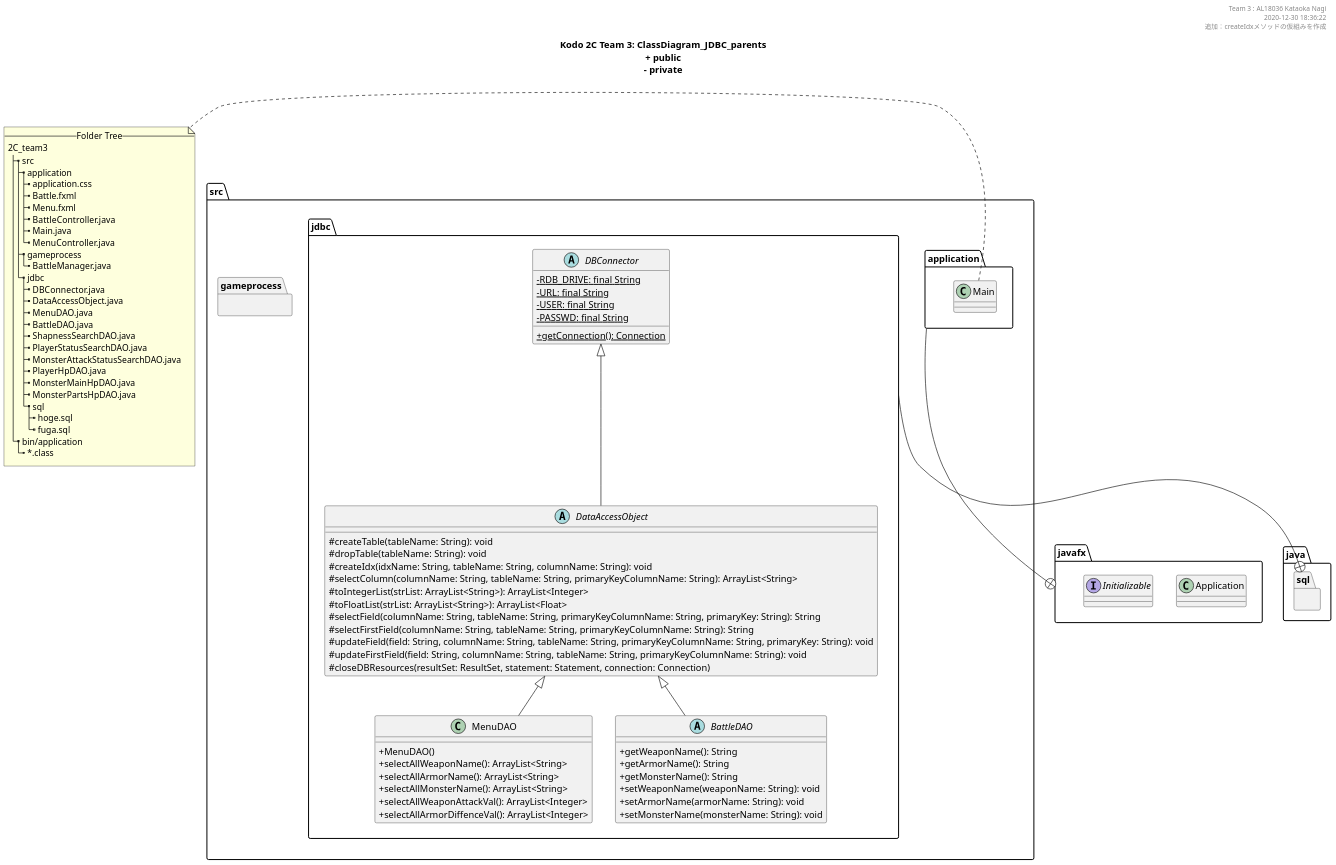
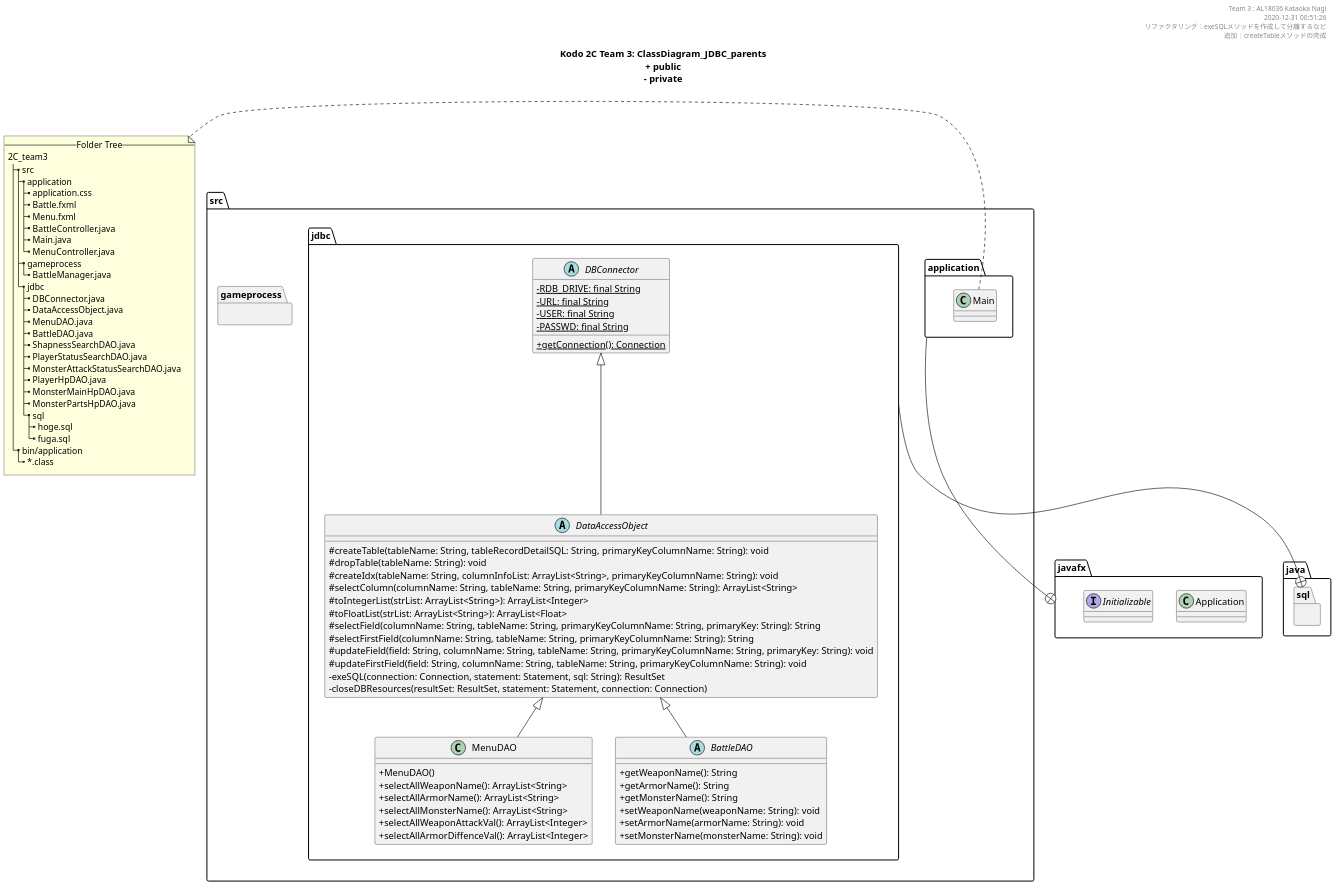
One commit to KataokaNagi/2C_team3 changed the diagram in uml/ClassDiagram_JDBC_parents.pu. Above: the diagram before and after it, drawn with PlantUML. The commit also changed other lines of this file and 3 other files, not shown here.

```diff
--- a/uml/ClassDiagram_JDBC_parents.pu
+++ b/uml/ClassDiagram_JDBC_parents.pu
@@ -14,162 +14,164 @@
 @startuml ./ClassDiagram_JDBC_parents.png
 scale 1.5
 skinparam DefaultFontName メイリオ
 ' 可視性の変更
 skinparam classAttributeIconSize 0
 
 ''''''''''''''''''''''''''''''''''''''''''''''''''
 
 header 
 Team 3 : AL18036 Kataoka Nagi
-2020-12-30 18:36:22
-追加：createIdxメソッドの仮組みを作成
+2020-12-31 00:51:26
+リファクタリング：exeSQLメソッドを作成して分離するなど
+追加：createTableメソッドの完成
 end header
 
 ''''''''''''''''''''''''''''''''''''''''''''''''''
 
 title
 **Kodo 2C Team 3: ClassDiagram_JDBC_parents**
 + public
 ~- private
 end title
 ' __static__
 
 ''''''''''''''''''''''''''''''''''''''''''''''''''''''''''''''''''''''''''''''''
 
 package src {
   package src.application {
     class Main
   }
   package src.gameprocess {
   }
   package src.jdbc {
   }
 }
 
 ''''''''''''''''''''''''''''''''''''''''''''''''''''''''''''''''''''''''''''''''
 
 note left
   --Folder Tree--
   2C_team3
   |_ src
     |_ application
       |_ application.css
       |_ Battle.fxml
       |_ Menu.fxml
       |_ BattleController.java
       |_ Main.java
       |_ MenuController.java
     |_ gameprocess
       |_ BattleManager.java
     |_ jdbc
       |_ DBConnector.java
       |_ DataAccessObject.java
       |_ MenuDAO.java
       |_ BattleDAO.java
       |_ ShapnessSearchDAO.java
       |_ PlayerStatusSearchDAO.java
       |_ MonsterAttackStatusSearchDAO.java
       |_ PlayerHpDAO.java
       |_ MonsterMainHpDAO.java
       |_ MonsterPartsHpDAO.java
       |_ sql
         |_ hoge.sql
         |_ fuga.sql
   |_ bin/application
     |_ ~*.class
 end note
 
 ''''''''''''''''''''''''''''''''''''''''''''''''''''''''''''''''''''''''''''''''
 
 package java.sql {
 }
 
 package javafx {
   class Application
   Interface Initializable
 }
 
 src.jdbc --+ java.sql
 src.application --+ javafx
 
 ''''''''''''''''''''''''''''''''''''''''''''''''''
 
 ' @note クラスの命名規則
 ' @see  https://qiita.com/KeithYokoma/items/ee21fec6a3ebb5d1e9a8
 
 package src.application {
 }
 
 ' 記事のクラス
   ' class ApplicationController extends Initializable {
   '   - dropDown: ChoiceBox<String>
   '   - textBox: TextField
   '   - button: Button
 
   '   + initialize(location: URL, resources: ResourceBundle): void
   '   + onClick(event: ActionEvent): void
   '   + getToolType(): ChoiceBox<String>
   '   + setToolType(toolType: ChoiceBox<String>): void
   '   + getInputFile(): TextField
   '   + setInputFile(textBox: TextField): void
   '   + getReference(): Button
   '   + setReference(button: Button): void
   ' }
 
 
 ''''''''''''''''''''''''''''''''''''''''''''''''''
 
 package src.gameprocess {
 }
 
 ''''''''''''''''''''''''''''''''''''''''''''''''''
 
 package src.jdbc {
   ' @note DAO pattern
   ' @see https://kanda-it-school-kensyu.com/java-jdbc-contents/jj_ch04/jj_0401/
 
   abstract class DBConnector {
     - {static} RDB_DRIVE: final String
     - {static} URL: final String
     - {static} USER: final String
     - {static} PASSWD: final String
 
     + {static} getConnection(): Connection
   }
 
   abstract class DataAccessObject extends DBConnector {
-    # createTable(tableName: String): void
+    # createTable(tableName: String, tableRecordDetailSQL: String, primaryKeyColumnName: String): void
     # dropTable(tableName: String): void
-    # createIdx(idxName: String, tableName: String, columnName: String): void
+    # createIdx(tableName: String, columnInfoList: ArrayList<String>, primaryKeyColumnName: String): void
     # selectColumn(columnName: String, tableName: String, primaryKeyColumnName: String): ArrayList<String>
     # toIntegerList(strList: ArrayList<String>): ArrayList<Integer>
     # toFloatList(strList: ArrayList<String>): ArrayList<Float>
     # selectField(columnName: String, tableName: String, primaryKeyColumnName: String, primaryKey: String): String
     # selectFirstField(columnName: String, tableName: String, primaryKeyColumnName: String): String
     # updateField(field: String, columnName: String, tableName: String, primaryKeyColumnName: String, primaryKey: String): void
     # updateFirstField(field: String, columnName: String, tableName: String, primaryKeyColumnName: String): void
-    # closeDBResources(resultSet: ResultSet, statement: Statement, connection: Connection)
+    - exeSQL(connection: Connection, statement: Statement, sql: String): ResultSet
+    - closeDBResources(resultSet: ResultSet, statement: Statement, connection: Connection)
   }
 
   class MenuDAO extends DataAccessObject {
     + MenuDAO()
     + selectAllWeaponName(): ArrayList<String>
     + selectAllArmorName(): ArrayList<String>
     + selectAllMonsterName(): ArrayList<String>
     + selectAllWeaponAttackVal(): ArrayList<Integer>
     + selectAllArmorDiffenceVal(): ArrayList<Integer>
   }
 
   abstract class BattleDAO extends DataAccessObject {
   + getWeaponName(): String
   + getArmorName(): String
   + getMonsterName(): String
   + setWeaponName(weaponName: String): void
   + setArmorName(armorName: String): void
   + setMonsterName(monsterName: String): void
   }
 }
 
 ''''''''''''''''''''''''''''''''''''''''''''''''''''''''''''''''''''''''''''''''
 
 @enduml
```
